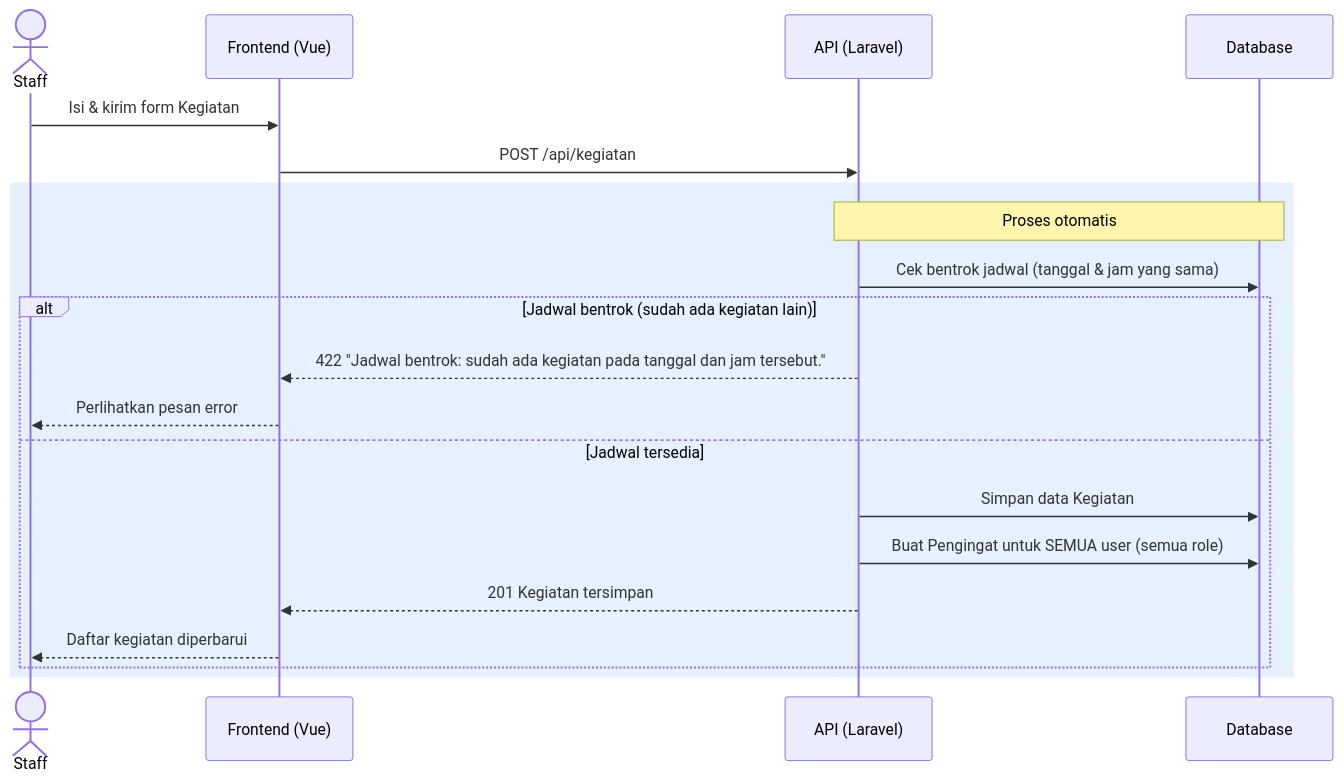
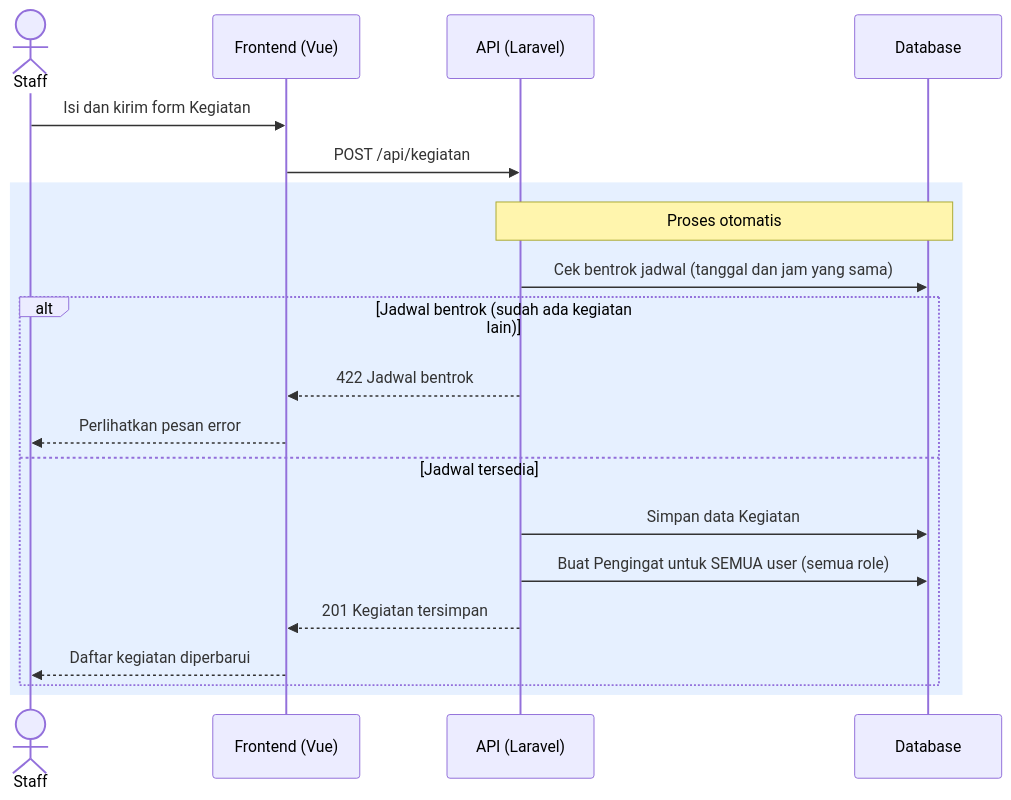
One commit to cisnatinnov/SI_Pengelolaan_Data_Agenda changed the fourth of 9 diagrams in laravel-vue-mvc/docs/UML_Documentation.md. Above: the diagram before and after it, drawn with Mermaid. The commit also changed other lines of this file, not shown here.

Commit message:
Update UML documentation: Clarify wording in activity flow and error messages for schedule conflict checks during event creation.

````diff
--- a/laravel-vue-mvc/docs/UML_Documentation.md
+++ b/laravel-vue-mvc/docs/UML_Documentation.md
@@ -161,24 +161,24 @@
 ```mermaid
 sequenceDiagram
     actor Staff
     participant UI as Frontend (Vue)
     participant API as API (Laravel)
     participant DB as Database
 
-    Staff->>UI: Isi & kirim form Kegiatan
+    Staff->>UI: Isi dan kirim form Kegiatan
     UI->>API: POST /api/kegiatan
 
     rect rgb(230, 240, 255)
         Note over API,DB: Proses otomatis
-        API->>DB: Cek bentrok jadwal (tanggal & jam yang sama)
+        API->>DB: Cek bentrok jadwal (tanggal dan jam yang sama)
         alt Jadwal bentrok (sudah ada kegiatan lain)
-            API-->>UI: 422 "Jadwal bentrok: sudah ada kegiatan pada tanggal dan jam tersebut."
+            API-->>UI: 422 Jadwal bentrok
             UI-->>Staff: Perlihatkan pesan error
         else Jadwal tersedia
             API->>DB: Simpan data Kegiatan
             API->>DB: Buat Pengingat untuk SEMUA user (semua role)
             API-->>UI: 201 Kegiatan tersimpan
             UI-->>Staff: Daftar kegiatan diperbarui
         end
     end
 ```
````
